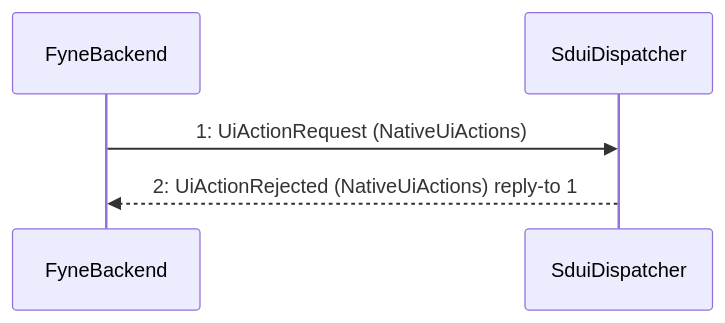
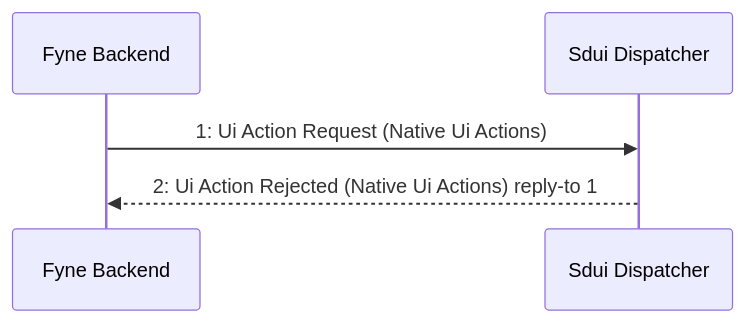
One commit to Hans-Einar/SDP changed the diagram in SDUI/design/viewpoints/diagrams/VP08-BoundActionRejected.mmd. Above: the diagram before and after it, drawn with Mermaid. The commit also changed 145 other files, not shown here.

```diff
--- a/SDUI/design/viewpoints/diagrams/VP08-BoundActionRejected.mmd
+++ b/SDUI/design/viewpoints/diagrams/VP08-BoundActionRejected.mmd
@@ -1,5 +1,5 @@
 sequenceDiagram
-    participant n_FyneBackend as FyneBackend
-    participant n_SduiDispatcher as SduiDispatcher
-    n_FyneBackend->>n_SduiDispatcher: 1: UiActionRequest (NativeUiActions)
-    n_SduiDispatcher-->>n_FyneBackend: 2: UiActionRejected (NativeUiActions) reply-to 1
+    participant n_FyneBackend as Fyne Backend
+    participant n_SduiDispatcher as Sdui Dispatcher
+    n_FyneBackend->>n_SduiDispatcher: 1: Ui Action Request (Native Ui Actions)
+    n_SduiDispatcher-->>n_FyneBackend: 2: Ui Action Rejected (Native Ui Actions) reply-to 1
```
